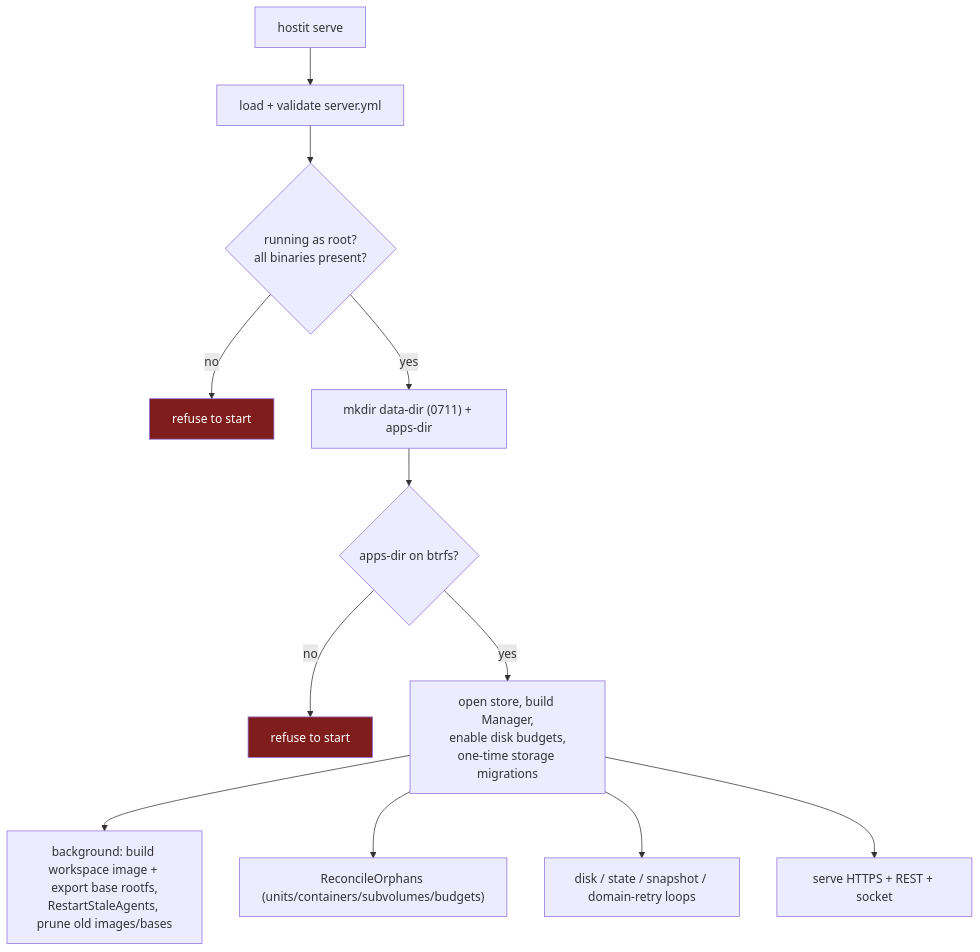
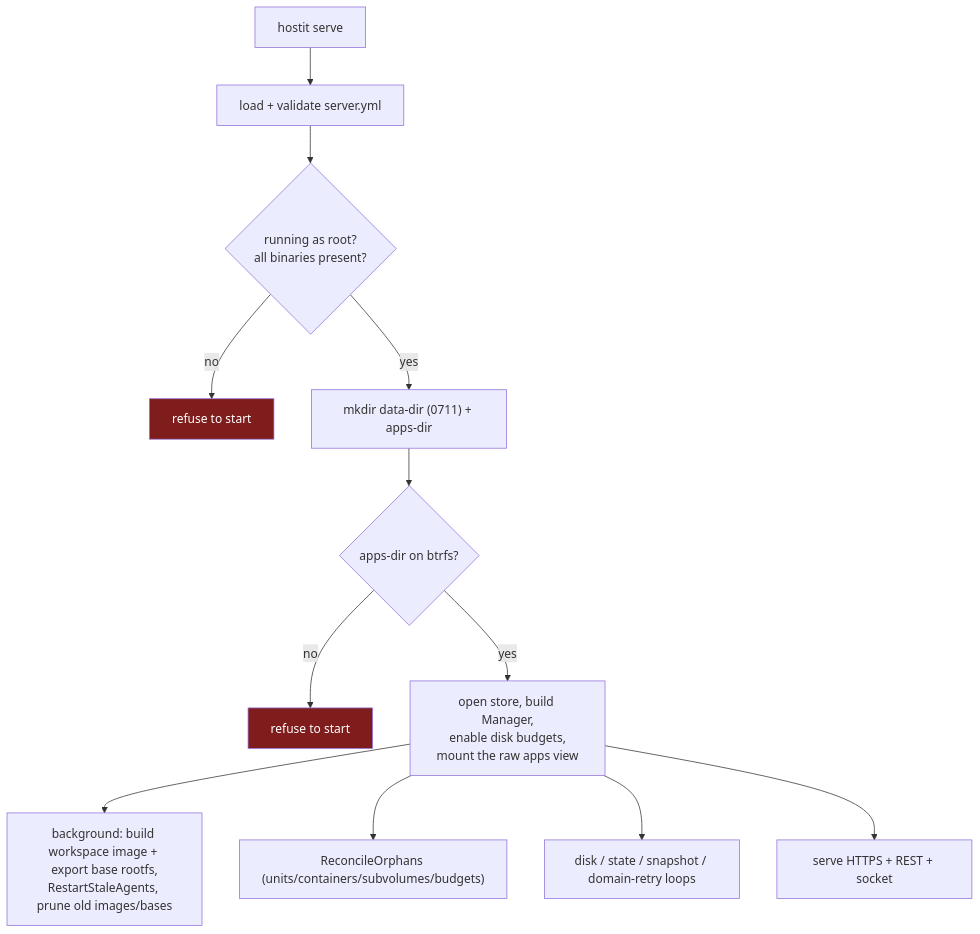
One commit to binwiederhier/hostit changed the diagram in docs/subsystems/release-and-preflight.md. Above: the diagram before and after it, drawn with Mermaid. The commit also changed other lines of this file and 16 other files, not shown here.

First line of the commit message:
app,cmd,store,unixuser,workspace,docs: delete the storage migration chain

````diff
--- a/docs/subsystems/release-and-preflight.md
+++ b/docs/subsystems/release-and-preflight.md
@@ -97,16 +97,16 @@
 ```mermaid
 flowchart TB
     start["hostit serve"] --> cfg["load + validate server.yml"]
     cfg --> root{"running as root?<br/>all binaries present?"}
     root -->|no| die1["refuse to start"]
     root -->|yes| dirs["mkdir data-dir (0711) + apps-dir"]
     dirs --> btr{"apps-dir on btrfs?"}
     btr -->|no| die2["refuse to start"]
-    btr -->|yes| open["open store, build Manager,<br/>enable disk budgets,<br/>one-time storage migrations"]
+    btr -->|yes| open["open store, build Manager,<br/>enable disk budgets,<br/>mount the raw apps view"]
     open --> bg["background: build workspace image + export base rootfs,<br/>RestartStaleAgents, prune old images/bases"]
     open --> rec["ReconcileOrphans (units/containers/subvolumes/budgets)"]
     open --> loops["disk / state / snapshot / domain-retry loops"]
     open --> srv["serve HTTPS + REST + socket"]
     style die1 fill:#7f1d1d,color:#fff
     style die2 fill:#7f1d1d,color:#fff
 ```
````
